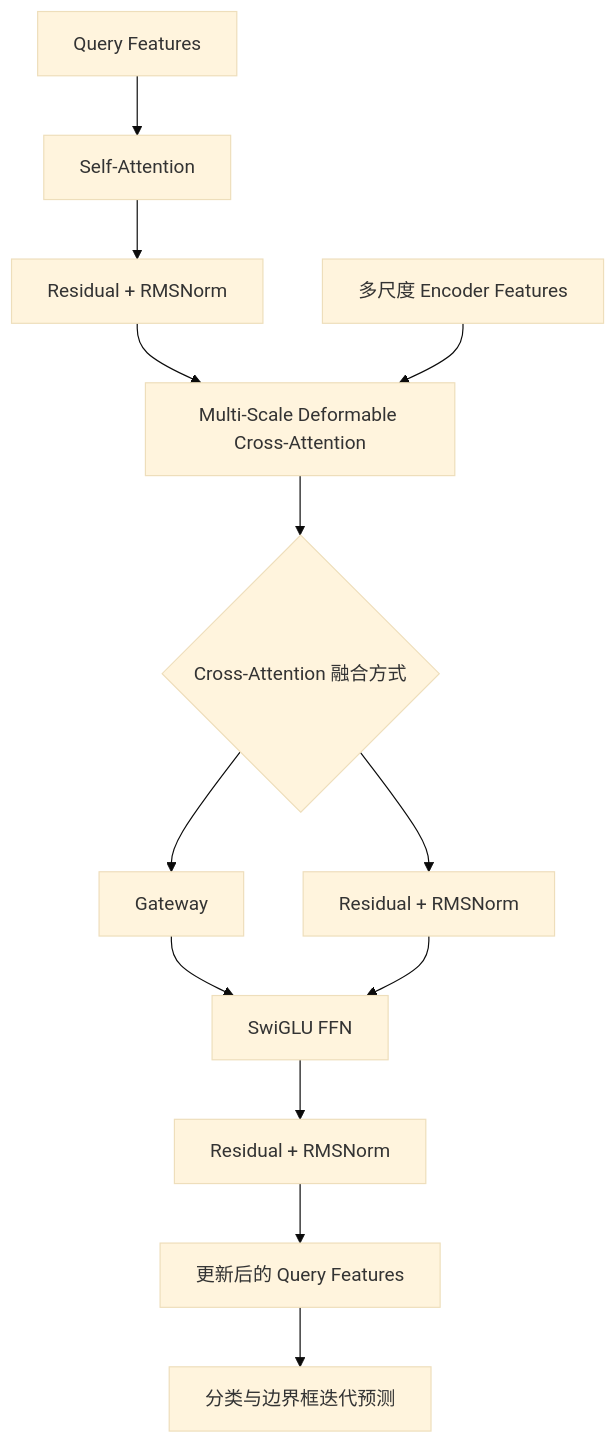
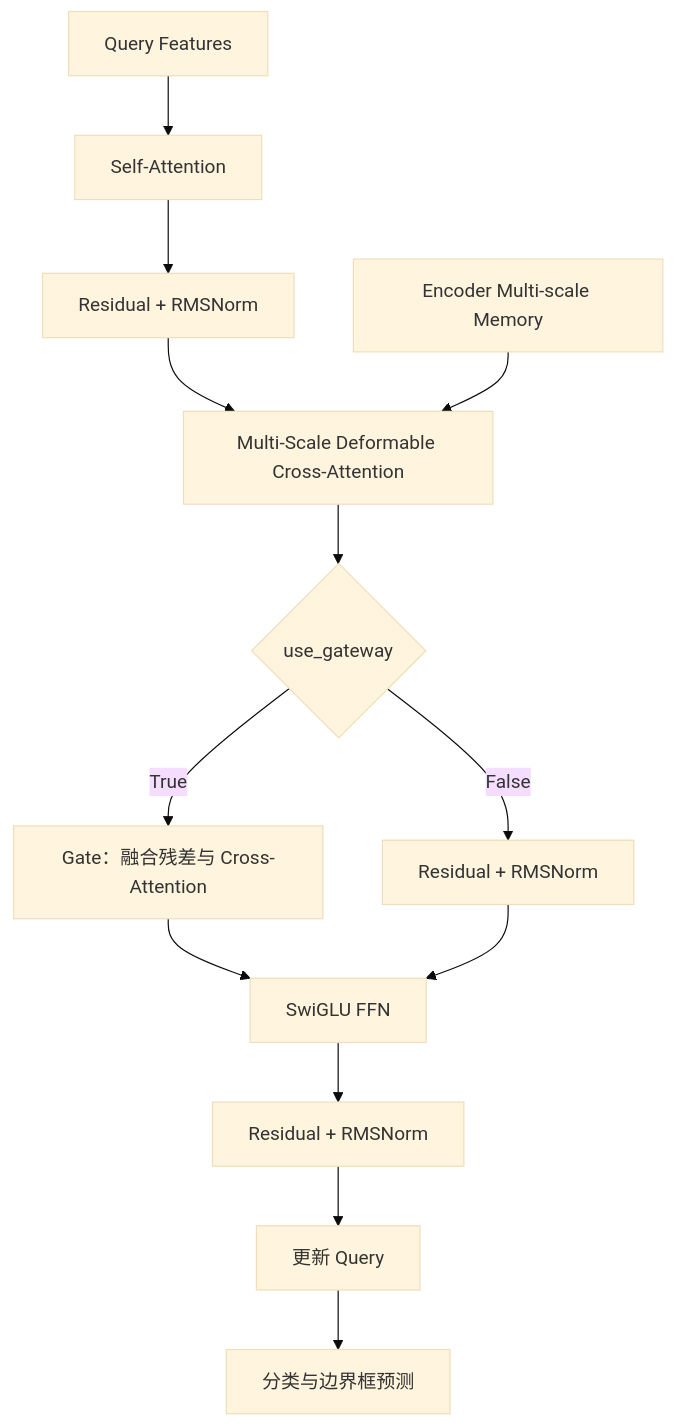
One commit to zhanghuiwan/knowledge-base changed the sixth of 7 diagrams in website/articles/deimv2/index.md. Above: the diagram before and after it, drawn with Mermaid (base theme). The commit also changed other lines of this file, not shown here.

```diff
--- a/website/articles/deimv2/index.md
+++ b/website/articles/deimv2/index.md
@@ -425,15 +677,15 @@
 ~~~mermaid
 flowchart TD
     A["Query Features"] --> B["Self-Attention"]
     B --> C["Residual + RMSNorm"]
     C --> D["Multi-Scale Deformable Cross-Attention"]
-    E["多尺度 Encoder Features"] --> D
-    D --> F{"Cross-Attention 融合方式"}
-    F --> G["Gateway"]
-    F --> H["Residual + RMSNorm"]
+    E["Encoder Multi-scale Memory"] --> D
+    D --> F{"use_gateway"}
+    F -->|"True"| G["Gate：融合残差与 Cross-Attention"]
+    F -->|"False"| H["Residual + RMSNorm"]
     G --> I["SwiGLU FFN"]
     H --> I
     I --> J["Residual + RMSNorm"]
-    J --> K["更新后的 Query Features"]
-    K --> L["分类与边界框迭代预测"]
+    J --> K["更新 Query"]
+    K --> L["分类与边界框预测"]
 ~~~
```
